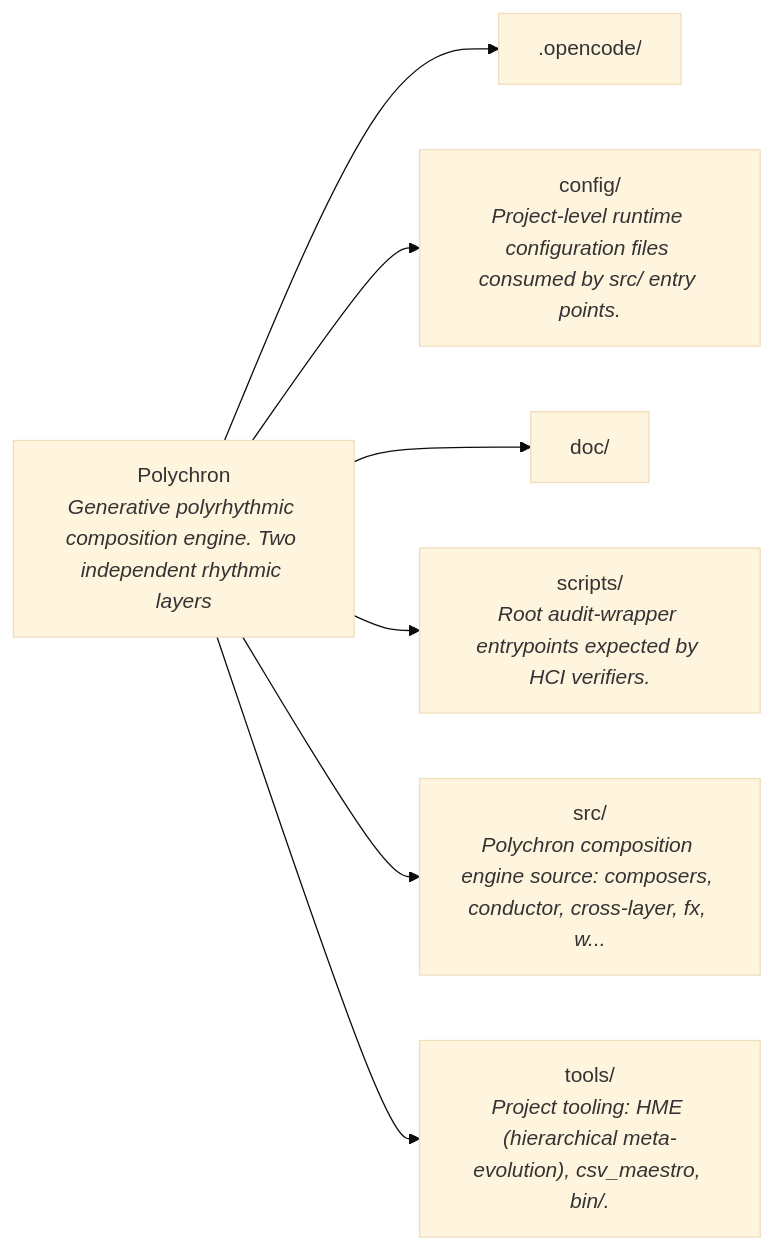
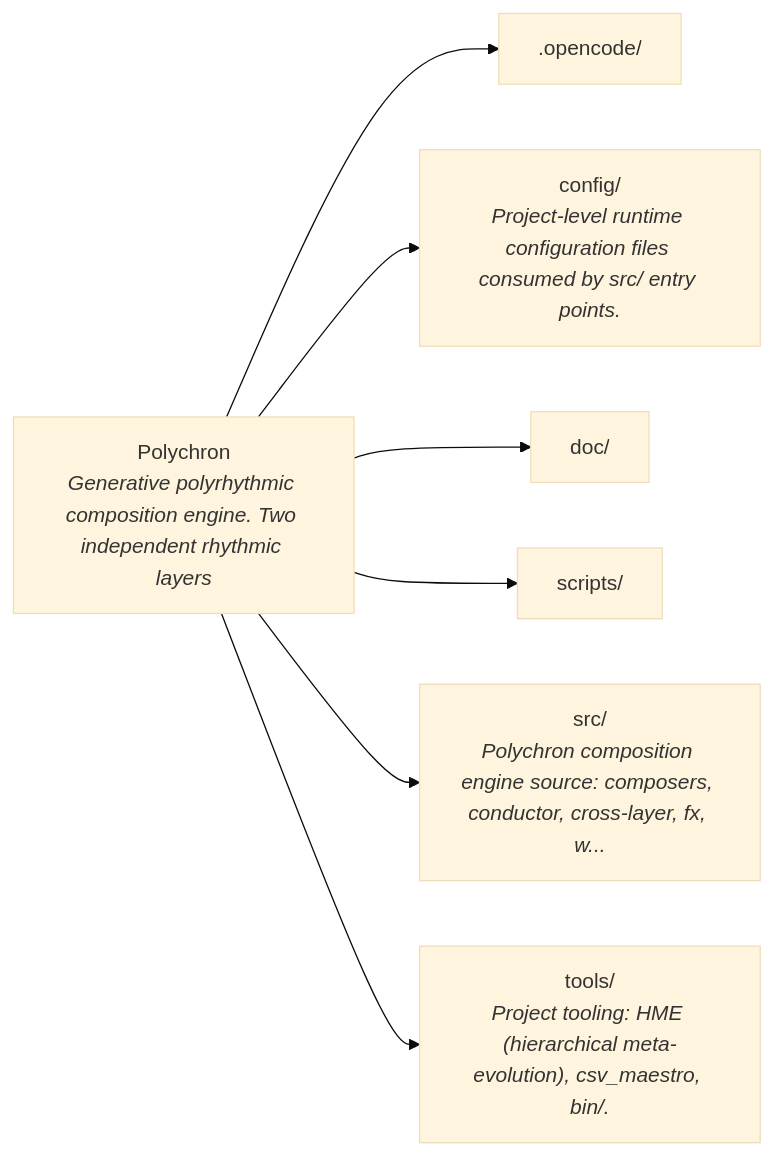
One commit to PolychronMidi/Polychron changed the first of 5 diagrams in README.md. Above: the diagram before and after it, drawn with Mermaid (base theme). The commit also changed 11 other files, not shown here.

````diff
--- a/README.md
+++ b/README.md
@@ -58,16 +58,16 @@
 ```mermaid
 flowchart LR
     root["Polychron<br/><i>Generative polyrhythmic composition engine. Two independent rhythmic layers</i>"]
     _opencode[".opencode/"]
     root --> _opencode
     config["config/<br/><i>Project-level runtime configuration files consumed by src/ entry points.</i>"]
     root --> config
     doc["doc/"]
     root --> doc
-    scripts["scripts/<br/><i>Root audit-wrapper entrypoints expected by HCI verifiers.</i>"]
+    scripts["scripts/"]
     root --> scripts
     src["src/<br/><i>Polychron composition engine source: composers, conductor, cross-layer, fx, w...</i>"]
     root --> src
     tools["tools/<br/><i>Project tooling: HME (hierarchical meta-evolution), csv_maestro, bin/.</i>"]
     root --> tools
 ```
````
